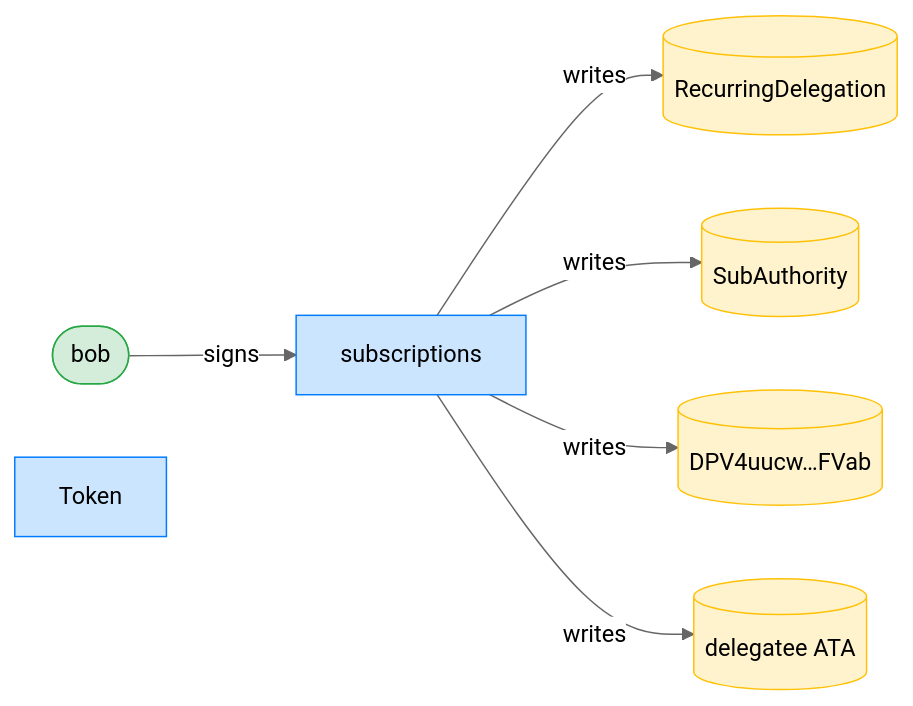
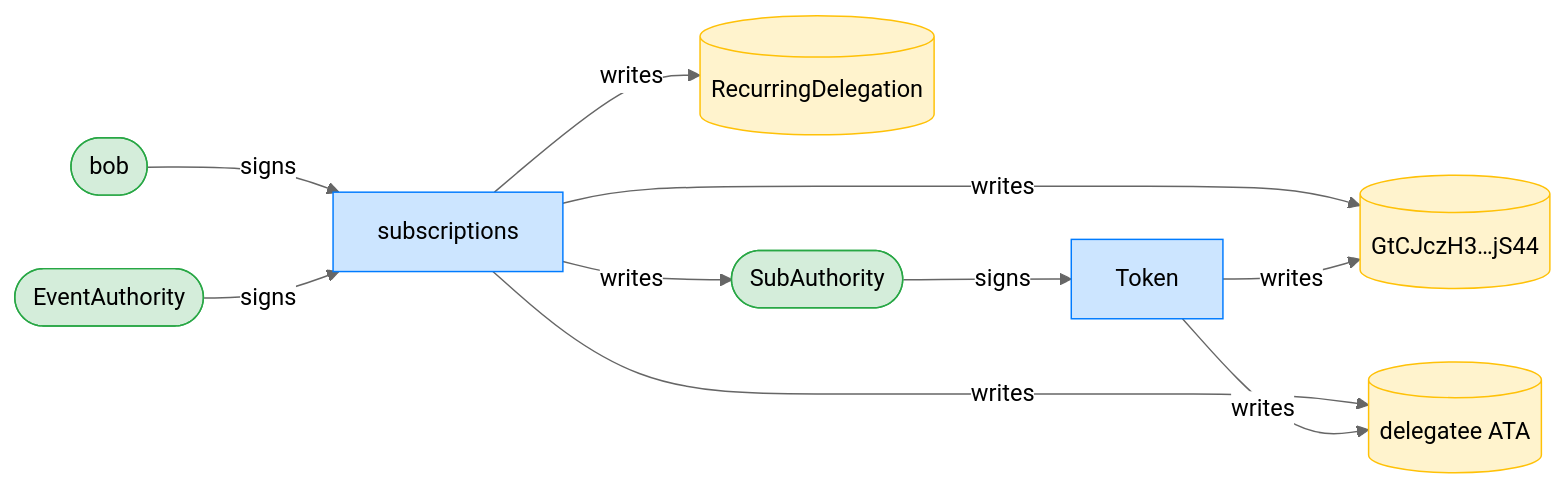
One commit to cds-rs/subscriptions changed diagram 11 of 12 in dsl_tests/a-zero-expiry-means-no-expiry.md. Above: the diagram before and after it, drawn with Mermaid (neutral theme). The commit also changed other lines of this file and 224 other files, not shown here.

````diff
--- a/dsl_tests/a-zero-expiry-means-no-expiry.md
+++ b/dsl_tests/a-zero-expiry-means-no-expiry.md
@@ -218,18 +227,23 @@
 ```mermaid
 flowchart LR
     classDef signer fill:#d4edda,stroke:#28a745;
     classDef program fill:#cce5ff,stroke:#007bff;
     classDef writable fill:#fff3cd,stroke:#ffc107;
     subscriptions[subscriptions]:::program
     RecurringDelegation[(RecurringDelegation)]:::writable
-    SubAuthority[(SubAuthority)]:::writable
-    DPV4uucw_FVab[("DPV4uucw…FVab")]:::writable
+    SubAuthority([SubAuthority]):::signer
+    GtCJczH3_jS44[("GtCJczH3…jS44")]:::writable
     delegatee_ATA[("delegatee ATA")]:::writable
     bob([bob]):::signer
     Token[Token]:::program
+    EventAuthority([EventAuthority]):::signer
     bob -->|signs| subscriptions
+    SubAuthority -->|signs| Token
+    EventAuthority -->|signs| subscriptions
     subscriptions -->|writes| RecurringDelegation
     subscriptions -->|writes| SubAuthority
-    subscriptions -->|writes| DPV4uucw_FVab
+    subscriptions -->|writes| GtCJczH3_jS44
     subscriptions -->|writes| delegatee_ATA
+    Token -->|writes| GtCJczH3_jS44
+    Token -->|writes| delegatee_ATA
 ```
````
